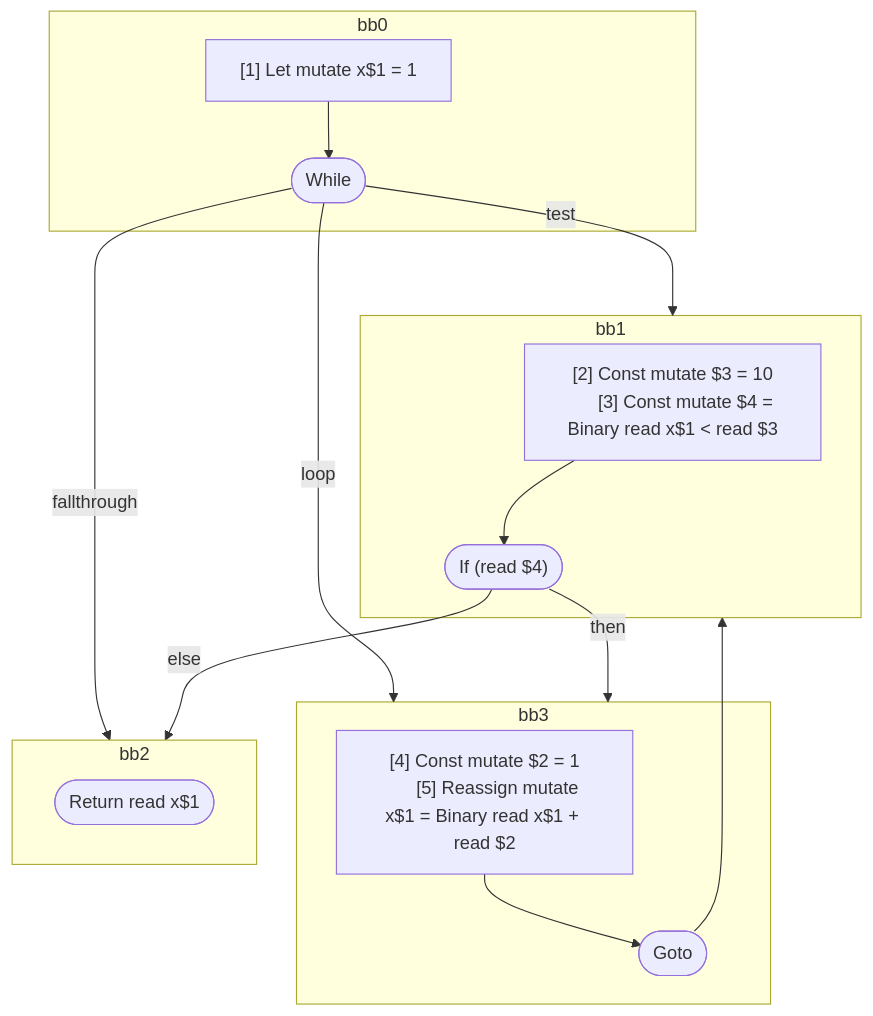
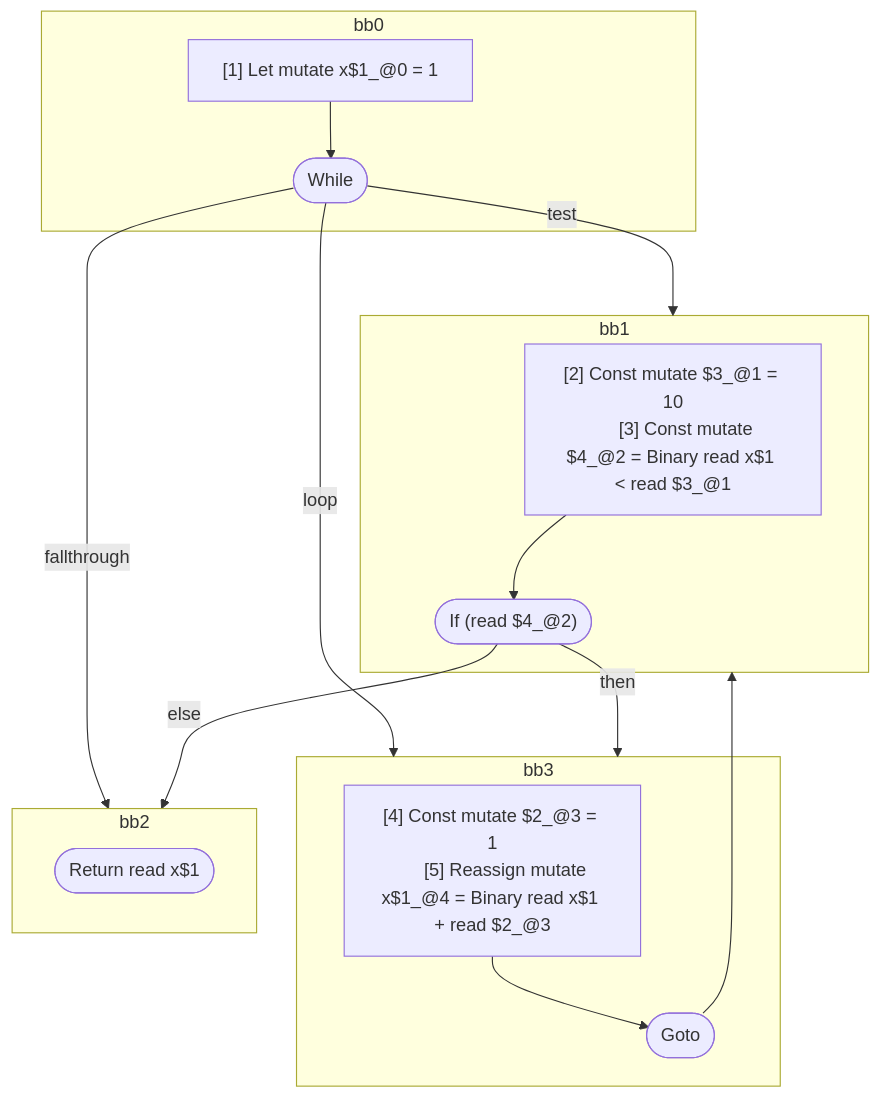
One commit to wutsmog/private changed the diagram in compiler/forget/src/__tests__/fixtures/hir/ssa-while.expect.md. Above: the diagram before and after it, drawn with Mermaid. The commit also changed other lines of this file and 60 other files, not shown here.

````diff
--- a/compiler/forget/src/__tests__/fixtures/hir/ssa-while.expect.md
+++ b/compiler/forget/src/__tests__/fixtures/hir/ssa-while.expect.md
@@ -39,36 +39,36 @@
 ```mermaid
 flowchart TB
   %% Basic Blocks
   subgraph bb0
     bb0_instrs["
-      [1] Let mutate x$1 = 1
+      [1] Let mutate x$1_@0 = 1
     "]
     bb0_instrs --> bb0_terminal(["While"])
   end
   subgraph bb1
     bb1_instrs["
-      [2] Const mutate $3 = 10
-      [3] Const mutate $4 = Binary read x$1 < read $3
+      [2] Const mutate $3_@1 = 10
+      [3] Const mutate $4_@2 = Binary read x$1 < read $3_@1
     "]
-    bb1_instrs --> bb1_terminal(["If (read $4)"])
+    bb1_instrs --> bb1_terminal(["If (read $4_@2)"])
   end
   subgraph bb3
     bb3_instrs["
-      [4] Const mutate $2 = 1
-      [5] Reassign mutate x$1 = Binary read x$1 + read $2
+      [4] Const mutate $2_@3 = 1
+      [5] Reassign mutate x$1_@4 = Binary read x$1 + read $2_@3
     "]
     bb3_instrs --> bb3_terminal(["Goto"])
   end
   subgraph bb2
     bb2_terminal(["Return read x$1"])
   end
 
   %% Jumps
   bb0_terminal -- test --> bb1
   bb0_terminal -- loop --> bb3
   bb0_terminal -- fallthrough --> bb2
   bb1_terminal -- then --> bb3
   bb1_terminal -- else --> bb2
   bb3_terminal --> bb1
 
 ```
````
